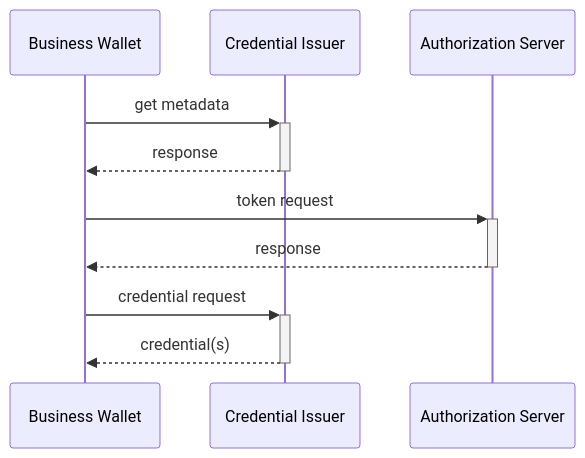
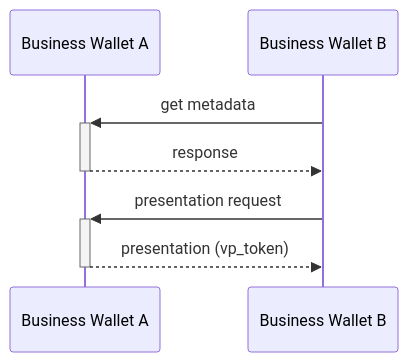
One commit to joergenb/oauth changed the diagram in ebw_vp_without_browser.md. Above: the diagram before and after it, drawn with Mermaid. The commit also changed other lines of this file, not shown here.

Commit message:
Revise EBW flow and sequence diagram
Updated the flow description and sequence diagram for the EBW variant without browser interaction.

````diff
--- a/ebw_vp_without_browser.md
+++ b/ebw_vp_without_browser.md
@@ -28,12 +23,9 @@
 ```mermaid
 sequenceDiagram
-    participant EBW as Business Wallet
-    participant CI as Credential Issuer
-    participant AS as Authorization Server
-    EBW->>+CI: get metadata
-    CI-->>-EBW: response
-    EBW->>+AS: token request
-    AS-->>-EBW: response
-    EBW->>+CI: credential request
-    CI-->>-EBW: credential(s)
+    participant EBWA as Business Wallet A
+    participant EBWB as Business Wallet B
+    EBWB->>+EBWA: get metadata
+    EBWA-->>-EBWB: response
+    EBWB->>+EBWA: presentation request
+    EBWA-->>-EBWB: presentation (vp_token)
 ```
````
